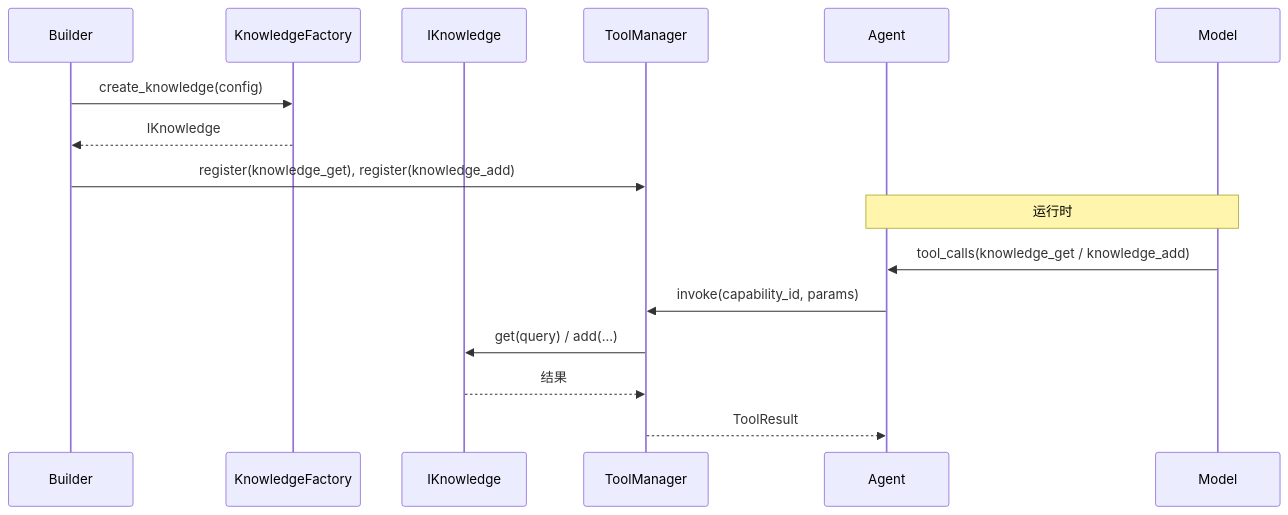
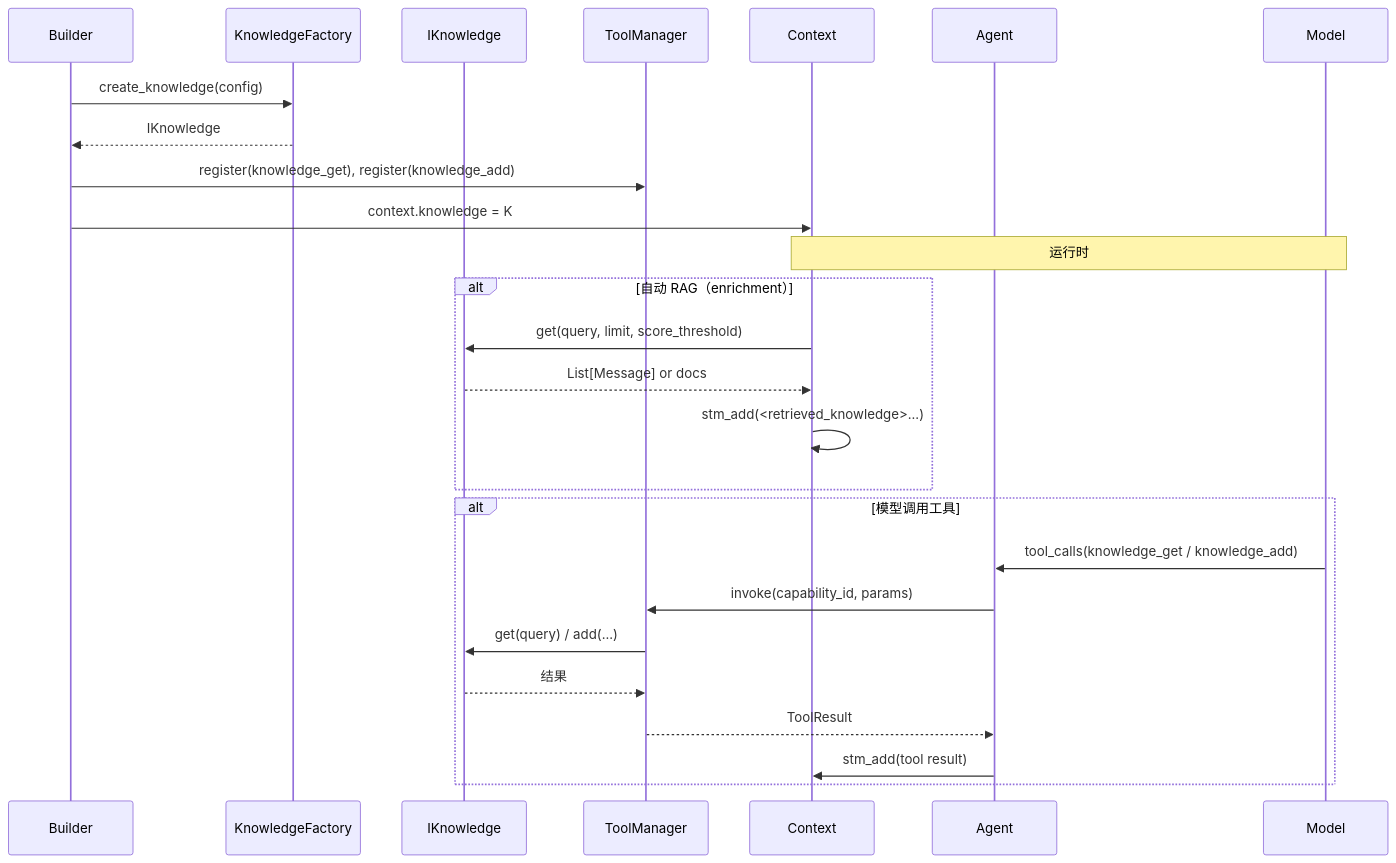
One commit to clowder-labs/Deterministic-Agent-Runtime-Engine changed diagram 20 of 29 in docs/DARE_FRAMEWORK_DESIGN.md. Above: the diagram before and after it, drawn with Mermaid. The commit also changed other lines of this file and 1 other file, not shown here.

````diff
--- a/docs/DARE_FRAMEWORK_DESIGN.md
+++ b/docs/DARE_FRAMEWORK_DESIGN.md
@@ -827,19 +947,30 @@
 ```mermaid
 sequenceDiagram
   participant B as Builder
   participant KF as KnowledgeFactory
   participant K as IKnowledge
   participant TM as ToolManager
+  participant C as Context
   participant A as Agent
   participant M as Model
 
   B->>KF: create_knowledge(config)
   KF-->>B: IKnowledge
   B->>TM: register(knowledge_get), register(knowledge_add)
-  Note over A,M: 运行时
-  M->>A: tool_calls(knowledge_get / knowledge_add)
-  A->>TM: invoke(capability_id, params)
-  TM->>K: get(query) / add(...)
-  K-->>TM: 结果
-  TM-->>A: ToolResult
+  B->>C: context.knowledge = K
+
+  Note over C,M: 运行时
+  alt 自动 RAG（enrichment）
+    C->>K: get(query, limit, score_threshold)
+    K-->>C: List[Message] or docs
+    C->>C: stm_add(<retrieved_knowledge>...)
+  end
+  alt 模型调用工具
+    M->>A: tool_calls(knowledge_get / knowledge_add)
+    A->>TM: invoke(capability_id, params)
+    TM->>K: get(query) / add(...)
+    K-->>TM: 结果
+    TM-->>A: ToolResult
+    A->>C: stm_add(tool result)
+  end
 ```
````
